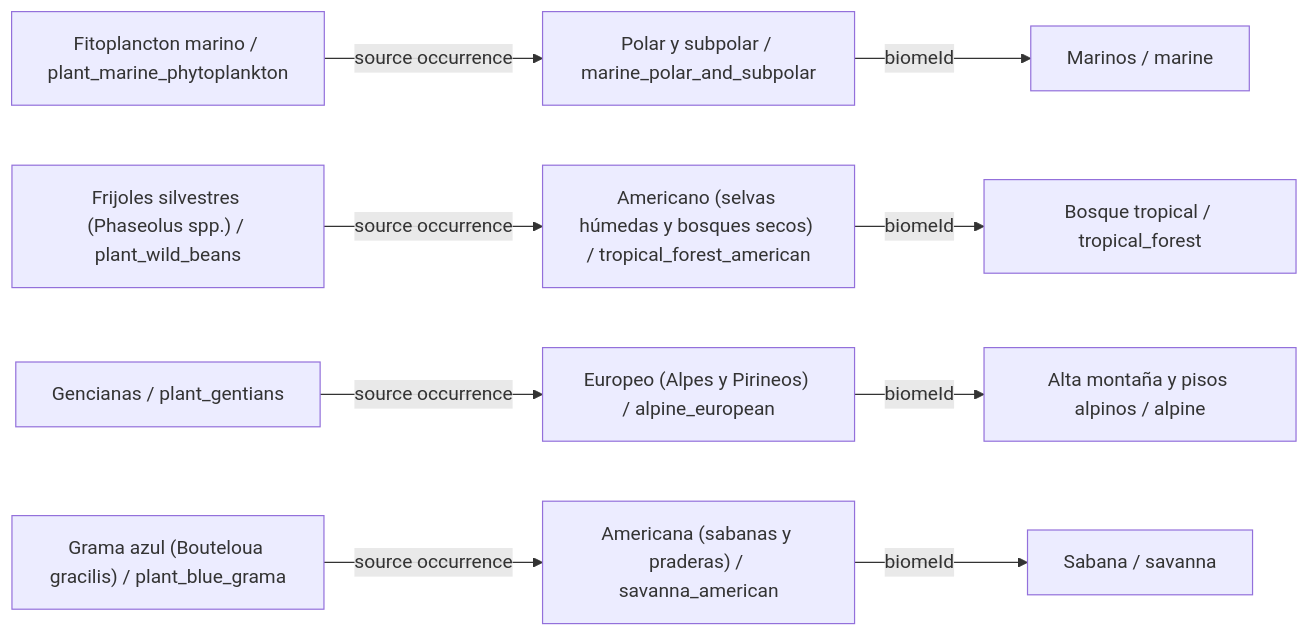
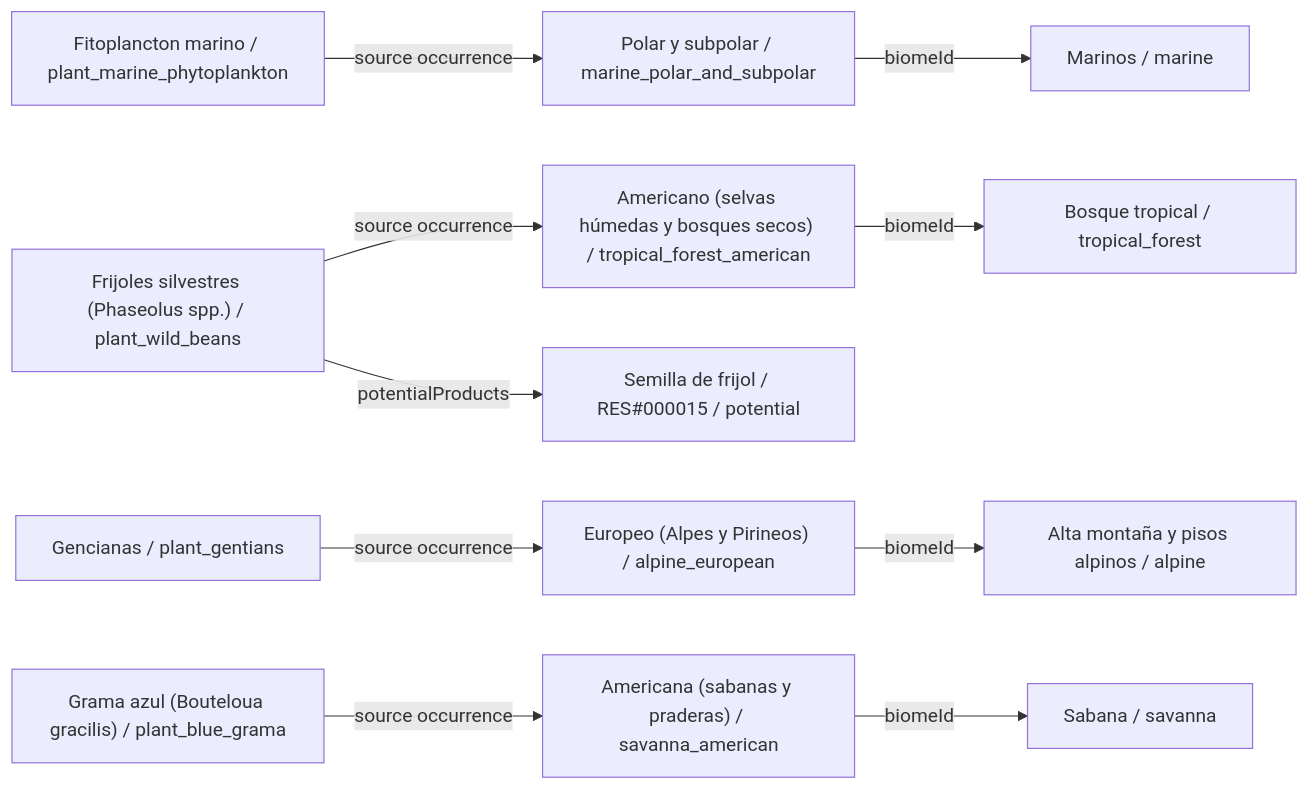
Diagram 13 of 39 in data/plants/DIAGRAMS.es.md (fgabo404/EvolveDoc), drawn with Mermaid before and after one commit. The commit also changed other lines of this file and 50 other files, not shown here.

````diff
--- a/data/plants/DIAGRAMS.es.md
+++ b/data/plants/DIAGRAMS.es.md
@@ -452,23 +464,25 @@
 ```mermaid
 flowchart LR
     c0["Fitoplancton marino / plant_marine_phytoplankton"]
     v21["Polar y subpolar / marine_polar_and_subpolar"]
     b5["Marinos / marine"]
     c1["Frijoles silvestres (Phaseolus spp.) / plant_wild_beans"]
     v0["Americano (selvas húmedas y bosques secos) / tropical_forest_american"]
     b0["Bosque tropical / tropical_forest"]
+    o1_0["Semilla de frijol / RES#000015 / potential"]
     c2["Gencianas / plant_gentians"]
     v25["Europeo (Alpes y Pirineos) / alpine_european"]
     b6["Alta montaña y pisos alpinos / alpine"]
     c3["Grama azul (Bouteloua gracilis) / plant_blue_grama"]
     v12["Americana (sabanas y praderas) / savanna_american"]
     b3["Sabana / savanna"]
     c0 -->|source occurrence| v21
+    c1 -->|potentialProducts| o1_0
     c1 -->|source occurrence| v0
     c2 -->|source occurrence| v25
     c3 -->|source occurrence| v12
     v0 -->|biomeId| b0
     v12 -->|biomeId| b3
     v21 -->|biomeId| b5
     v25 -->|biomeId| b6
 ```
````
